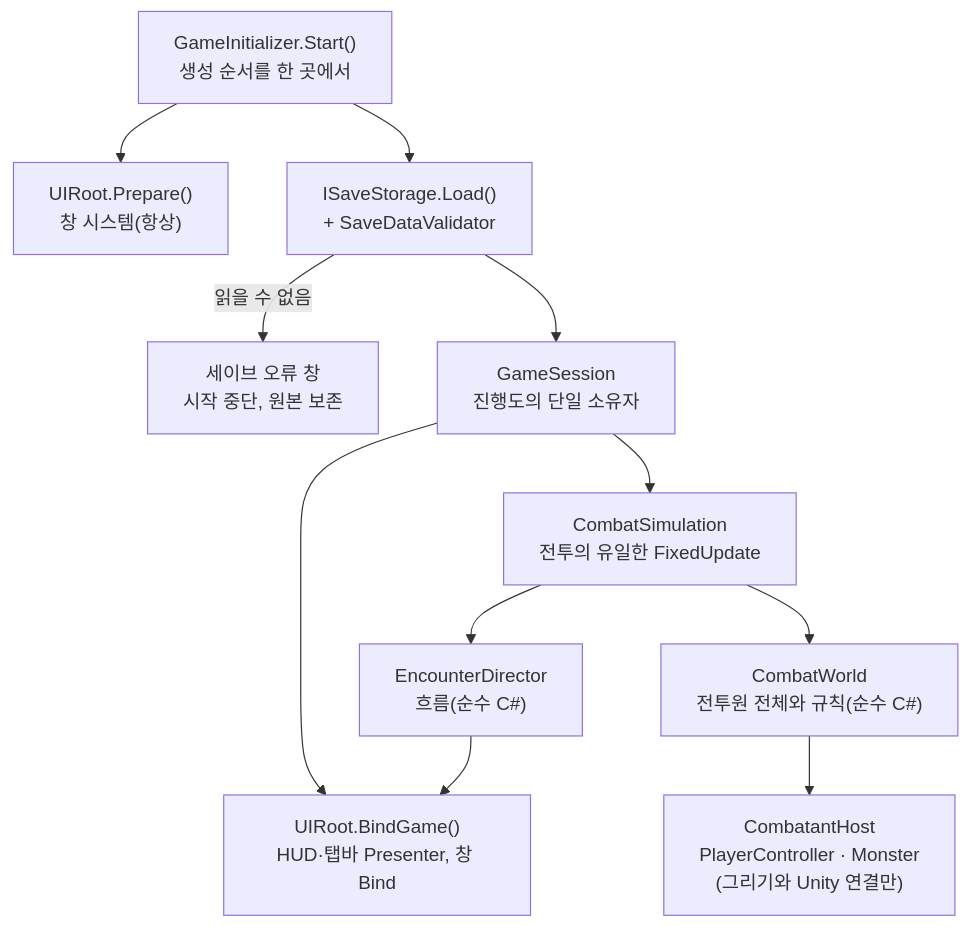
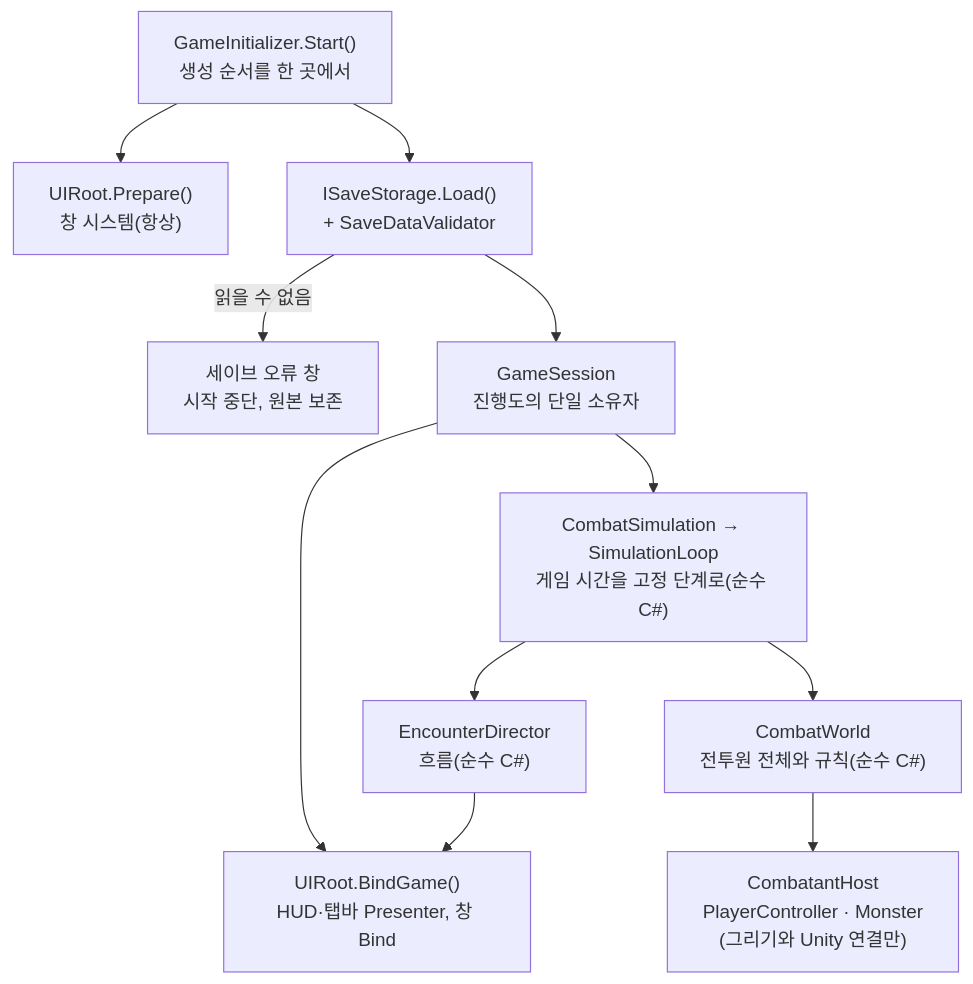
One commit to answk427/IdleGameProtoType changed the first of 6 diagrams in README.md. Above: the diagram before and after it, drawn with Mermaid. The commit also changed other lines of this file and 20 other files, not shown here.

````diff
--- a/README.md
+++ b/README.md
@@ -60,13 +60,13 @@
 ```mermaid
 flowchart TB
     GI["GameInitializer.Start()<br/>생성 순서를 한 곳에서"] --> UIP["UIRoot.Prepare()<br/>창 시스템(항상)"]
     GI --> LOAD["ISaveStorage.Load()<br/>+ SaveDataValidator"]
     LOAD -->|"읽을 수 없음"| ERR["세이브 오류 창<br/>시작 중단, 원본 보존"]
     LOAD --> GS["GameSession<br/>진행도의 단일 소유자"]
-    GS --> SIM["CombatSimulation<br/>전투의 유일한 FixedUpdate"]
+    GS --> SIM["CombatSimulation → SimulationLoop<br/>게임 시간을 고정 단계로(순수 C#)"]
     SIM --> ED["EncounterDirector<br/>흐름(순수 C#)"]
     SIM --> CW["CombatWorld<br/>전투원 전체와 규칙(순수 C#)"]
     CW --> HOST["CombatantHost<br/>PlayerController · Monster<br/>(그리기와 Unity 연결만)"]
     GS --> UIB["UIRoot.BindGame()<br/>HUD·탭바 Presenter, 창 Bind"]
     ED --> UIB
 ```
````
